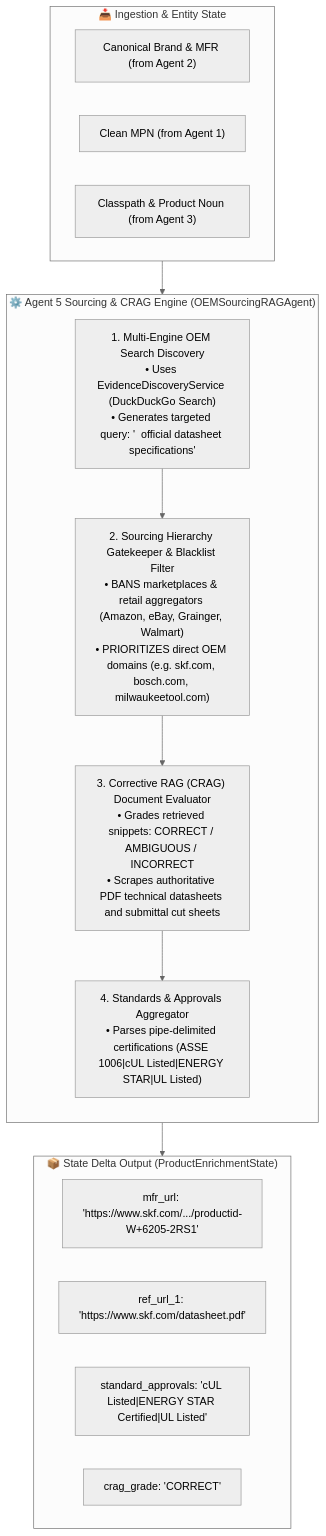
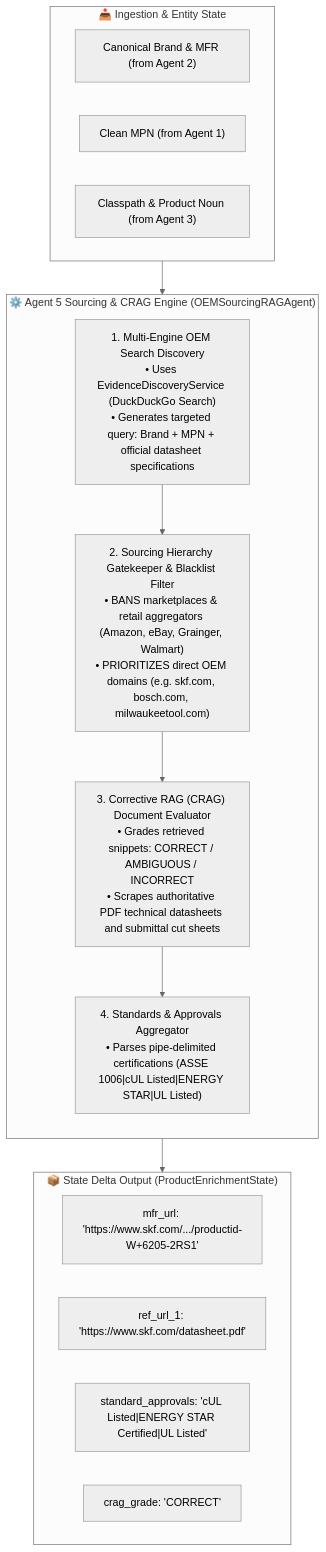
The diagram in Solution/agents/README_Agent_5_OEM_Sourcing_RAG.md (SharadJhanwar/OmniSpec), drawn with Mermaid (neutral theme) before and after one commit. The commit also changed 3 other files, not shown here.

Commit message:
fix(docs): resolve Mermaid syntax and unescaped quote formatting in agent blueprints

````diff
--- a/Solution/agents/README_Agent_5_OEM_Sourcing_RAG.md
+++ b/Solution/agents/README_Agent_5_OEM_Sourcing_RAG.md
@@ -8,28 +8,28 @@
 ```mermaid
 flowchart TD
     subgraph SOURCING_INPUT ["📥 Ingestion & Entity State"]
         A2_BRAND["Canonical Brand & MFR (from Agent 2)"]
         A1_MPN["Clean MPN (from Agent 1)"]
         A3_CP["Classpath & Product Noun (from Agent 3)"]
     end
 
     subgraph AGENT_5_CORE ["⚙️ Agent 5 Sourcing & CRAG Engine (OEMSourcingRAGAgent)"]
         direction TB
-        STEP1["1. Multi-Engine OEM Search Discovery<br/>• Uses EvidenceDiscoveryService (DuckDuckGo Search)<br/>• Generates targeted query: '<Brand> <MPN> official datasheet specifications'"]
+        STEP1["1. Multi-Engine OEM Search Discovery<br/>• Uses EvidenceDiscoveryService (DuckDuckGo Search)<br/>• Generates targeted query: Brand + MPN + official datasheet specifications"]
         STEP2["2. Sourcing Hierarchy Gatekeeper & Blacklist Filter<br/>• BANS marketplaces & retail aggregators (Amazon, eBay, Grainger, Walmart)<br/>• PRIORITIZES direct OEM domains (e.g. skf.com, bosch.com, milwaukeetool.com)"]
         STEP3["3. Corrective RAG (CRAG) Document Evaluator<br/>• Grades retrieved snippets: CORRECT / AMBIGUOUS / INCORRECT<br/>• Scrapes authoritative PDF technical datasheets and submittal cut sheets"]
         STEP4["4. Standards & Approvals Aggregator<br/>• Parses pipe-delimited certifications (ASSE 1006|cUL Listed|ENERGY STAR|UL Listed)"]
         
         STEP1 --> STEP2 --> STEP3 --> STEP4
     end
 
     subgraph SOURCING_OUTPUT ["📦 State Delta Output (ProductEnrichmentState)"]
         MFR_URL["mfr_url: 'https://www.skf.com/.../productid-W+6205-2RS1'"]
         REF_URLS["ref_url_1: 'https://www.skf.com/datasheet.pdf'"]
         APPROVALS["standard_approvals: 'cUL Listed|ENERGY STAR Certified|UL Listed'"]
         CRAG_GRADE["crag_grade: 'CORRECT'"]
     end
 
     SOURCING_INPUT --> STEP1
     STEP4 --> SOURCING_OUTPUT
 ```
````
